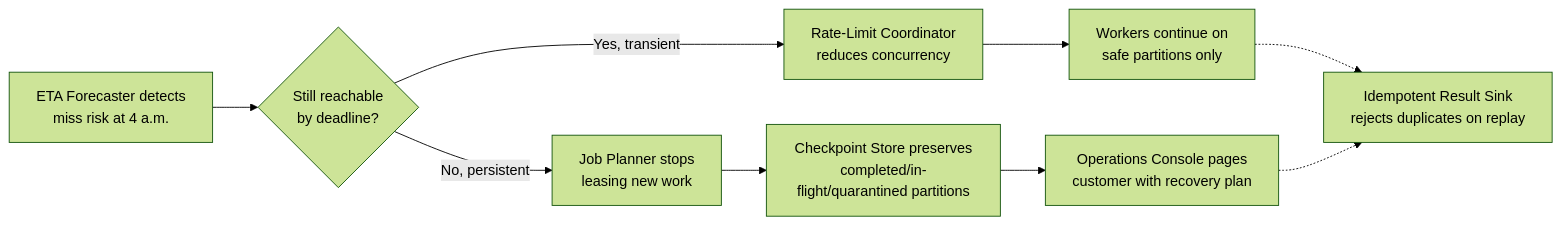
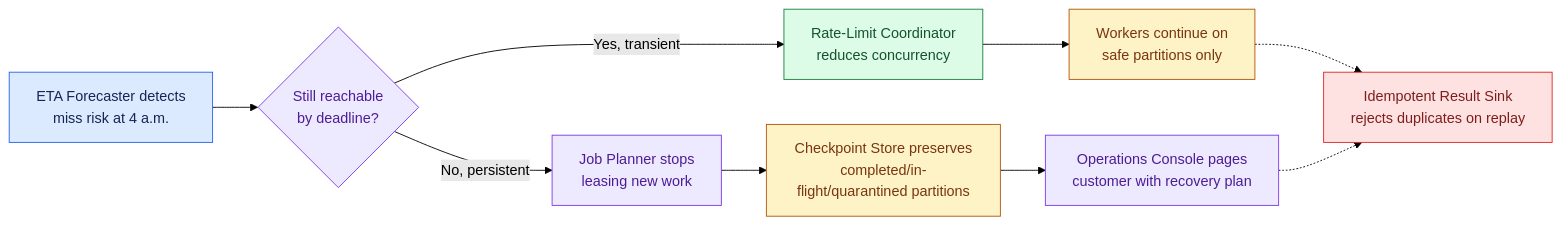
Before and after one commit to Sourav692/Forward-Deployed-Engineer-Interview-Prep: the diagram in site/content/modules/15-fde-case-studies/platforms-and-scale/high-volume-batch-pipeline/full-pack-part-3.md, drawn with Mermaid (forest theme). The commit also changed other lines of this file and 1268 other files, not shown here.

First line of the commit message:
content: polish Casebook writing and Mermaid diagrams (#251)

````diff
--- a/site/content/modules/15-fde-case-studies/platforms-and-scale/high-volume-batch-pipeline/full-pack-part-3.md
+++ b/site/content/modules/15-fde-case-studies/platforms-and-scale/high-volume-batch-pipeline/full-pack-part-3.md
@@ -36,11 +40,23 @@
 ```mermaid
 flowchart LR
     Detect["ETA Forecaster detects\nmiss risk at 4 a.m."] --> Decide{"Still reachable\nby deadline?"}
     Decide -->|"Yes, transient"| Throttle["Rate-Limit Coordinator\nreduces concurrency"]
     Throttle --> Continue["Workers continue on\nsafe partitions only"]
     Decide -->|"No, persistent"| Stop["Job Planner stops\nleasing new work"]
     Stop --> Checkpoint["Checkpoint Store preserves\ncompleted/in-flight/quarantined partitions"]
     Checkpoint --> Page["Operations Console pages\ncustomer with recovery plan"]
     Continue -.-> Safe["Idempotent Result Sink\nrejects duplicates on replay"]
     Page -.-> Safe
+
+    %% Casebook colours: entry, reasoning, results, controls, and stopped paths.
+    classDef cbInput fill:#dbeafe,stroke:#2563eb,color:#172554
+    class Detect cbInput
+    classDef cbReason fill:#ede9fe,stroke:#7c3aed,color:#4c1d95
+    class Decide,Stop,Page cbReason
+    classDef cbAction fill:#dcfce7,stroke:#15803d,color:#14532d
+    class Throttle cbAction
+    classDef cbPolicy fill:#fef3c7,stroke:#b45309,color:#78350f
+    class Continue,Checkpoint cbPolicy
+    classDef cbStop fill:#fee2e2,stroke:#dc2626,color:#7f1d1d
+    class Safe cbStop
 ```
````
